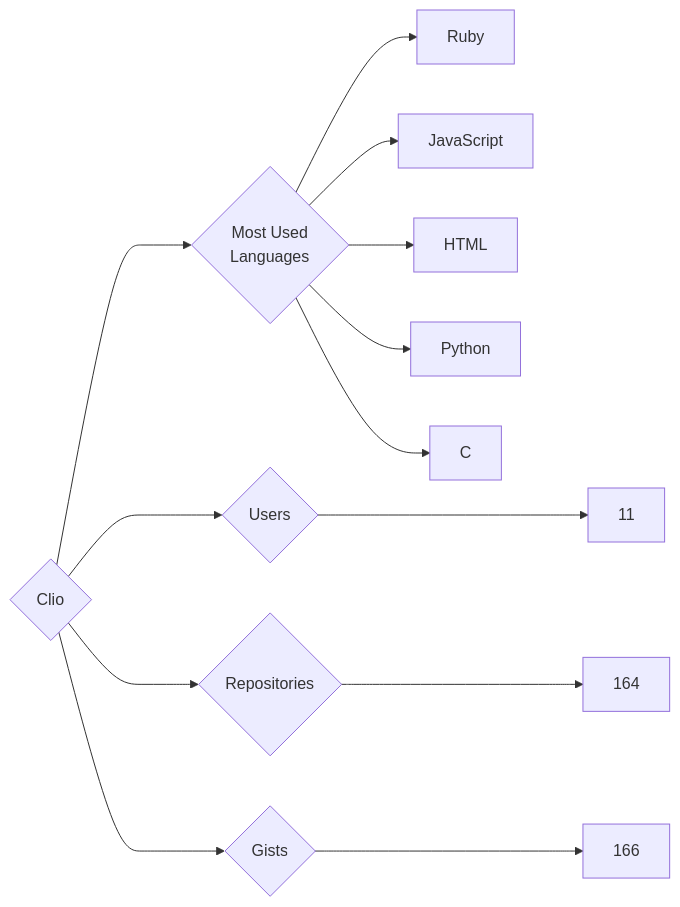
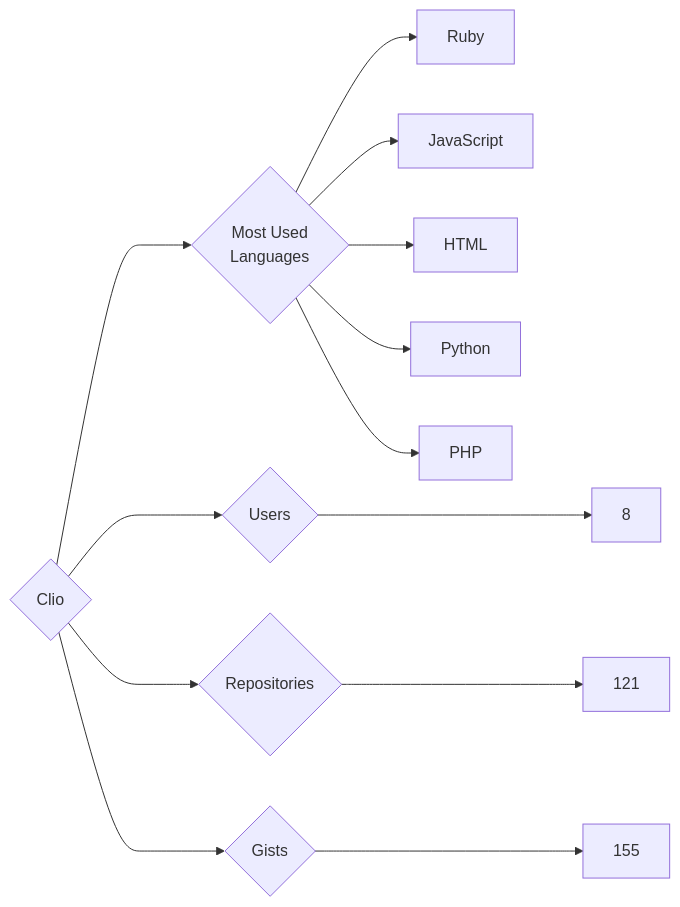
The diagram in targets/Clio/README.md (trickest/insiders), drawn with Mermaid before and after one commit. The commit also changed 845 other files, not shown here.

````diff
--- a/targets/Clio/README.md
+++ b/targets/Clio/README.md
@@ -3,13 +3,13 @@
 ```mermaid
 graph LR
 COMPANY_NAME{Clio}
-COMPANY_NAME ---> U{Users} ---> UN[11]
-COMPANY_NAME ---> R{Repositories} ---> RN[164]
-COMPANY_NAME ---> G{Gists} ---> GN[166]
+COMPANY_NAME ---> U{Users} ---> UN[8]
+COMPANY_NAME ---> R{Repositories} ---> RN[121]
+COMPANY_NAME ---> G{Gists} ---> GN[155]
 COMPANY_NAME ---> ML{Most Used<br>Languages}
 ML --> Ruby[Ruby]
 ML --> JavaScript[JavaScript]
 ML --> HTML[HTML]
 ML --> Python[Python]
-ML --> C[C]
+ML --> PHP[PHP]
 ```
````
